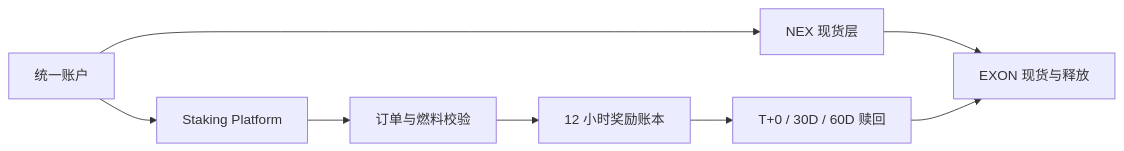
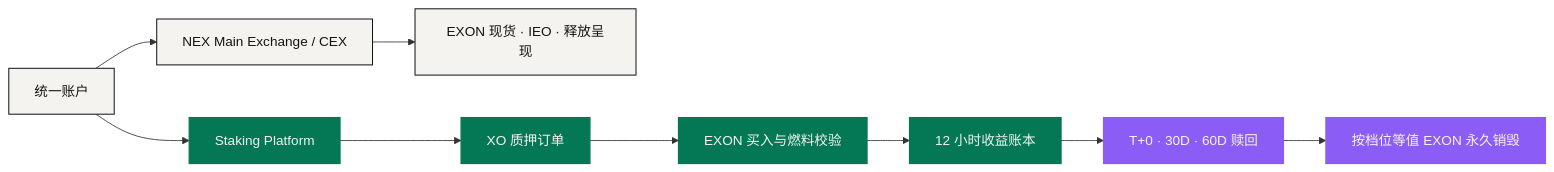
Before and after one commit to NEXONMarkets/NEXON-Whitepaper: the diagram in docs/zh/03-architecture/trust-and-bonding.md, drawn with Mermaid. The commit also changed other lines of this file and 85 other files, not shown here.

````diff
--- a/docs/zh/03-architecture/trust-and-bonding.md
+++ b/docs/zh/03-architecture/trust-and-bonding.md
@@ -12,10 +14,17 @@
 ```mermaid
 flowchart LR
-    A["统一账户"] --> E["NEX 现货层"]
+    A["统一账户"] --> E["NEX Main Exchange / CEX"]
     A --> S["Staking Platform"]
-    E --> X["EXON 现货与释放"]
-    S --> O["订单与燃料校验"]
-    O --> R["12 小时奖励账本"]
-    R --> D["T+0 / 30D / 60D 赎回"]
-    D --> X
+    E --> X["EXON 现货 · IEO · 释放呈现"]
+    S --> O["XO 质押订单"]
+    O --> F["EXON 买入与燃料校验"]
+    F --> R["12 小时收益账本"]
+    R --> D["T+0 · 30D · 60D 赎回"]
+    D --> B["按档位等值 EXON 永久销毁"]
+    classDef anchor fill:#047854,stroke:#047854,stroke-width:1.5px,color:#F5F3F0
+    classDef engine fill:#8B5CF6,stroke:#8B5CF6,stroke-width:1.5px,color:#F5F3F0
+    classDef solid  fill:#F5F3F0,stroke:#141414,stroke-width:1.2px,color:#141414
+    class A,E,X solid
+    class S,O,F,R anchor
+    class D,B engine
 ```
````
